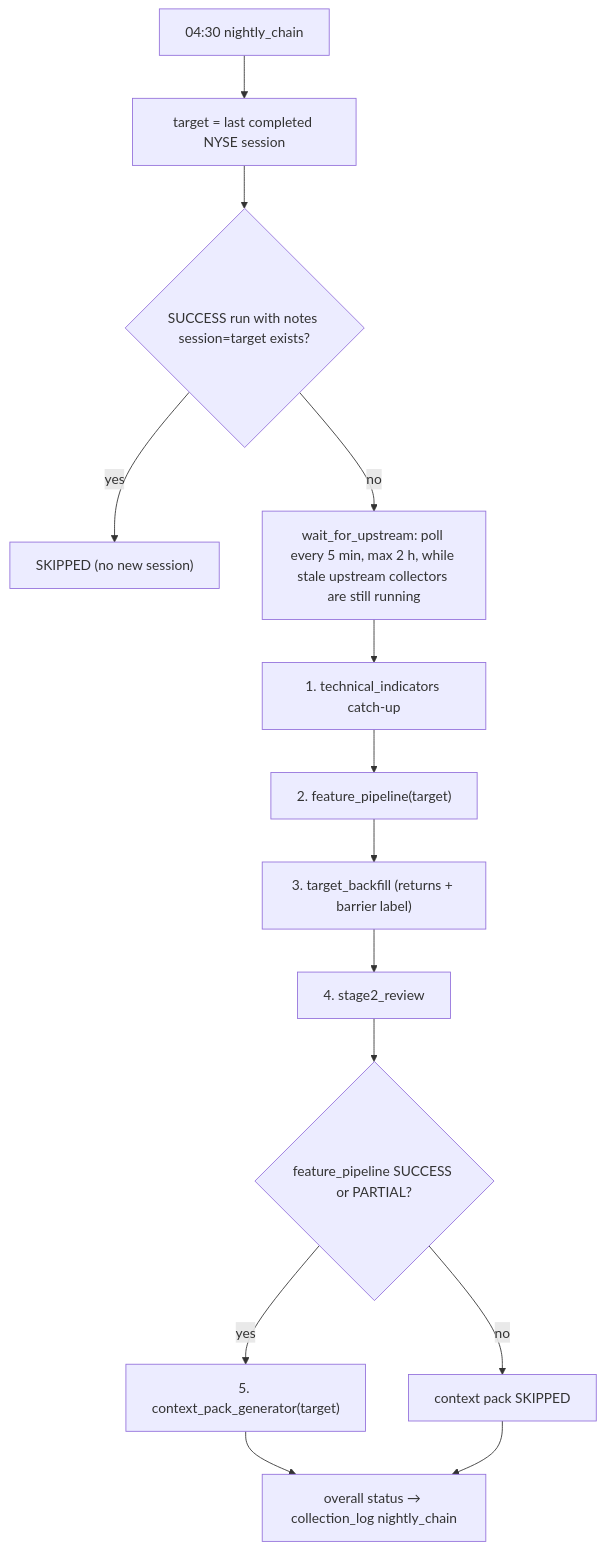
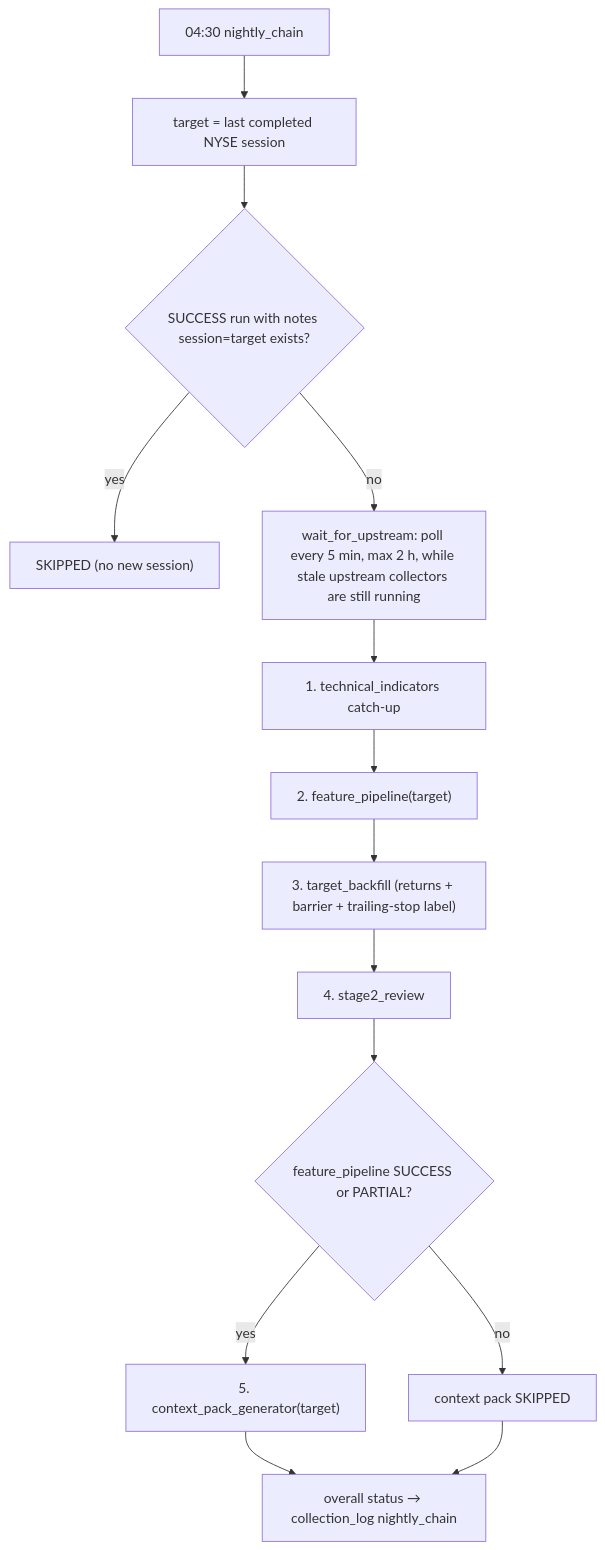
The second of 2 diagrams in docs/ARCHITECTURE.md (sebastianganser/Alpaca-Broker), drawn with Mermaid before and after one commit. The commit also changed other lines of this file and 16 other files, not shown here.

First line of the commit message:
feat(targets): trailing-stop trend-trade label (migration 037) as analysis model target

````diff
--- a/docs/ARCHITECTURE.md
+++ b/docs/ARCHITECTURE.md
@@ -262,16 +263,16 @@
 ```mermaid
 flowchart TD
     A["04:30 nightly_chain"] --> B["target = last completed NYSE session"]
     B --> C{"SUCCESS run with notes session=target exists?"}
     C -- yes --> Z["SKIPPED (no new session)"]
     C -- no --> D["wait_for_upstream: poll every 5 min, max 2 h, while stale upstream collectors are still running"]
     D --> E["1. technical_indicators catch-up"]
     E --> F["2. feature_pipeline(target)"]
-    F --> G["3. target_backfill (returns + barrier label)"]
+    F --> G["3. target_backfill (returns + barrier + trailing-stop label)"]
     G --> H["4. stage2_review"]
     H --> I{"feature_pipeline SUCCESS or PARTIAL?"}
     I -- yes --> J["5. context_pack_generator(target)"]
     I -- no --> K["context pack SKIPPED"]
     J --> L["overall status → collection_log nightly_chain"]
     K --> L
 ```
````
